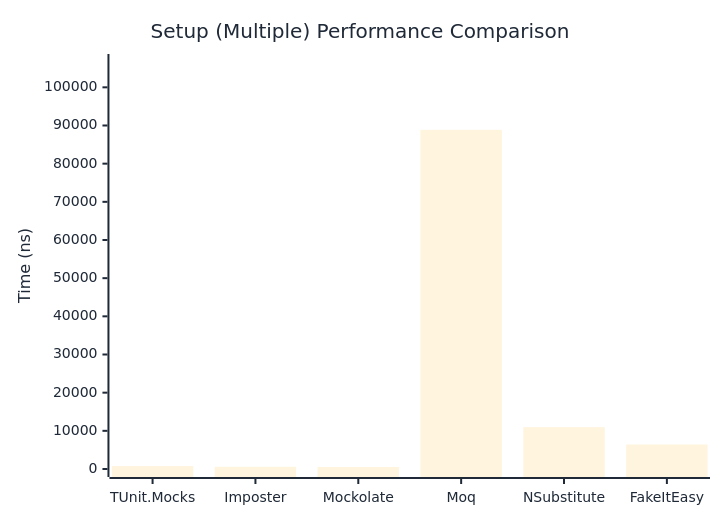
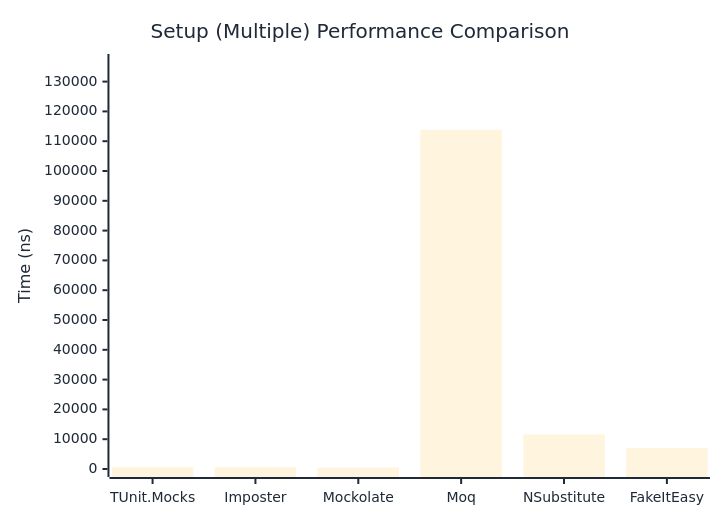
One commit to thomhurst/TUnit changed the second of 2 diagrams in docs/docs/benchmarks/mocks/Setup.md. Above: the diagram before and after it, drawn with Mermaid. The commit also changed other lines of this file and 14 other files, not shown here.

````diff
--- a/docs/docs/benchmarks/mocks/Setup.md
+++ b/docs/docs/benchmarks/mocks/Setup.md
@@ -71,27 +71,27 @@
 ```mermaid
 %%{init: {
   'theme':'base',
   'themeVariables': {
     'primaryColor': '#2563eb',
     'primaryTextColor': '#1f2937',
     'primaryBorderColor': '#1e40af',
     'lineColor': '#6b7280',
     'secondaryColor': '#7c3aed',
     'tertiaryColor': '#dc2626',
     'background': '#ffffff',
     'pie1': '#2563eb',
     'pie2': '#7c3aed',
     'pie3': '#dc2626',
     'pie4': '#f59e0b',
     'pie5': '#10b981',
     'pie6': '#06b6d4',
     'pie7': '#ec4899',
     'pie8': '#6366f1'
   }
 }}%%
 xychart-beta
   title "Setup (Multiple) Performance Comparison"
   x-axis ["TUnit.Mocks", "Imposter", "Mockolate", "Moq", "NSubstitute", "FakeItEasy"]
-  y-axis "Time (ns)" 0 --> 106636
-  bar [769.7, 581.5, 517, 88862.7, 10962.1, 6414.6]
+  y-axis "Time (ns)" 0 --> 136578
+  bar [702, 603.2, 462.8, 113814.5, 11605.1, 7053.3]
 ```
````
